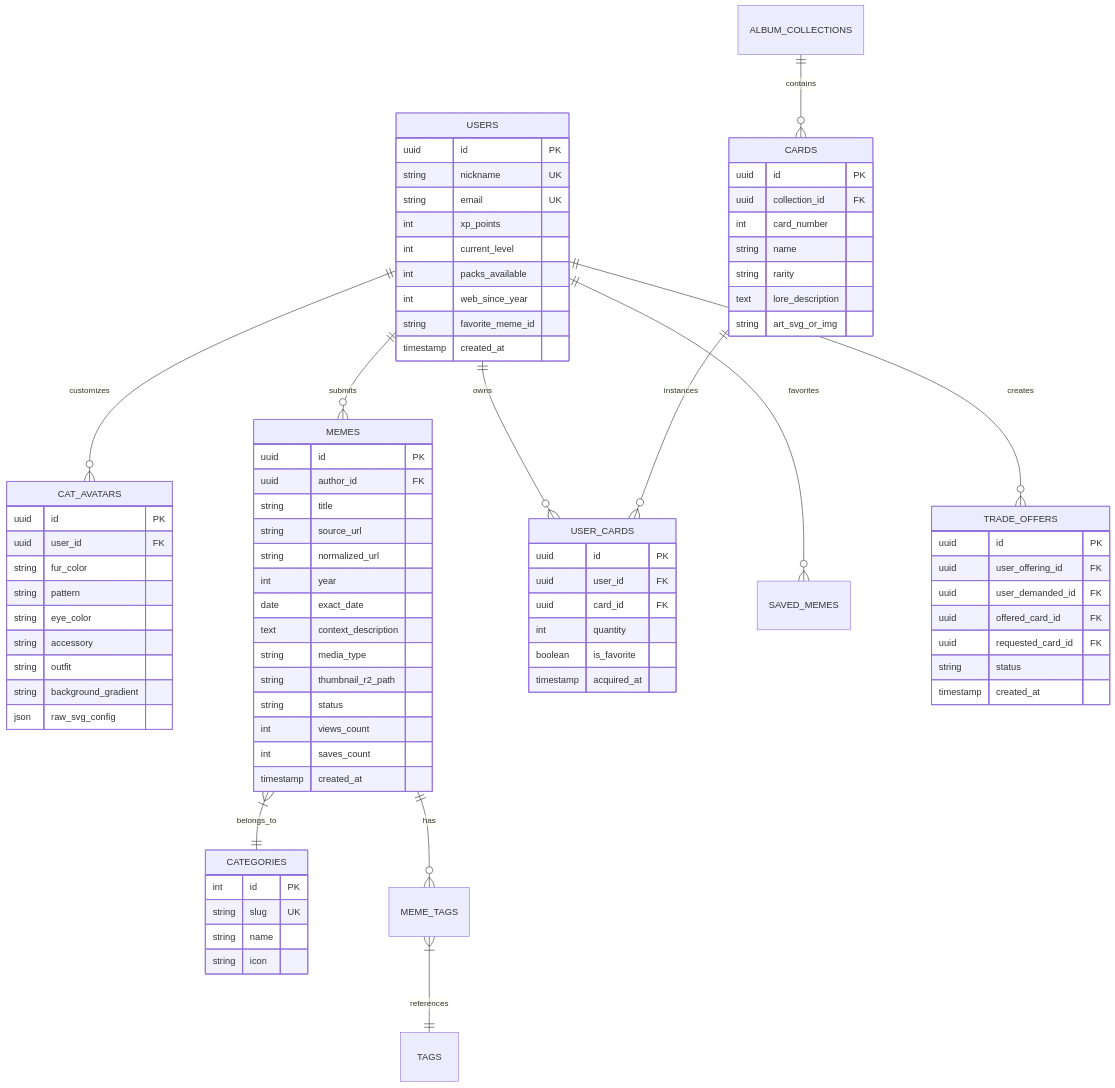
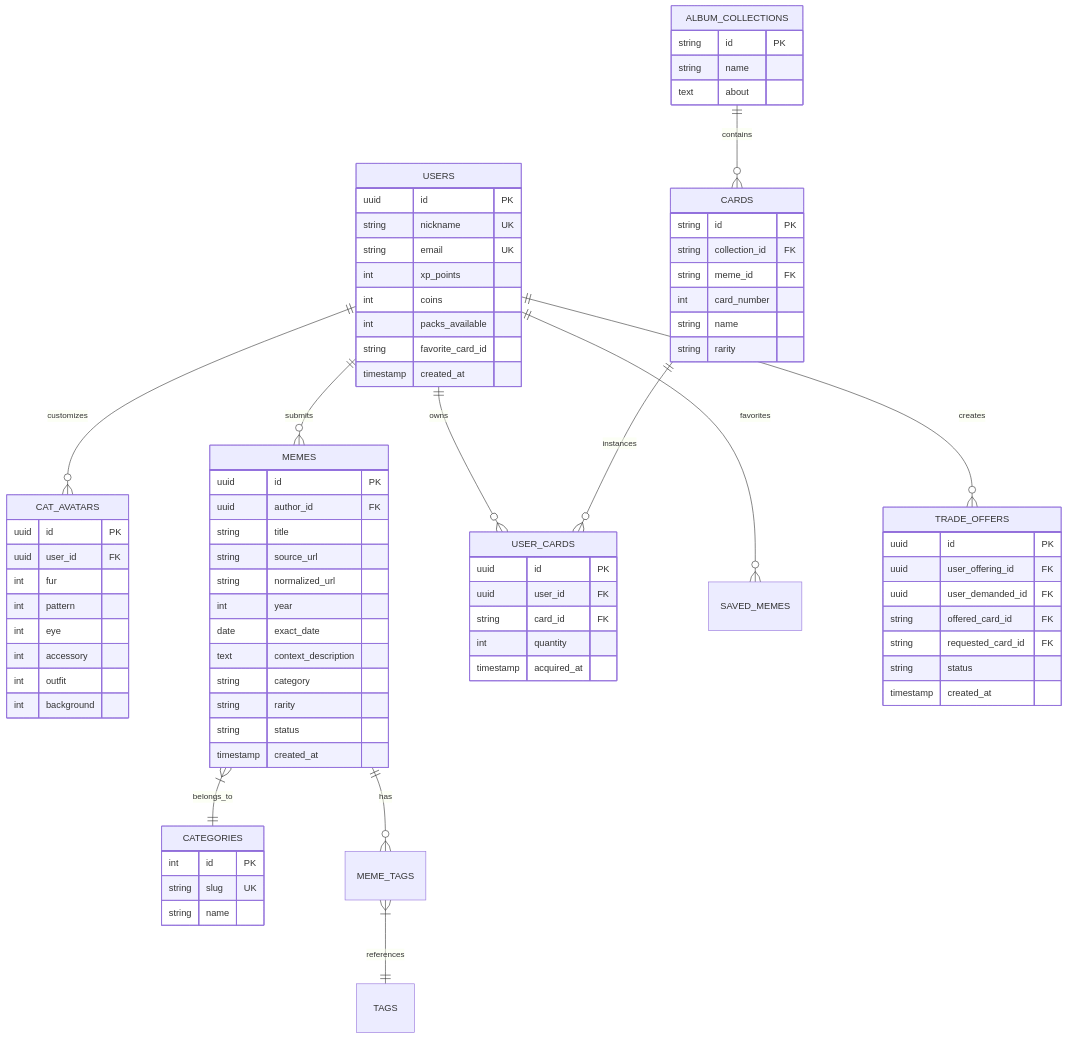
Before and after one commit to Subversivo011/xixa-2: the sixth of 6 diagrams in README.md, drawn with Mermaid. The commit also changed other lines of this file and 27 other files, not shown here.

```diff
--- a/README.md
+++ b/README.md
@@ -263,23 +363,21 @@
         string nickname UK
         string email UK
         int xp_points
-        int current_level
+        int coins
         int packs_available
-        int web_since_year
-        string favorite_meme_id
+        string favorite_card_id
         timestamp created_at
     }
 
     CAT_AVATARS {
         uuid id PK
         uuid user_id FK
-        string fur_color
-        string pattern
-        string eye_color
-        string accessory
-        string outfit
-        string background_gradient
-        json raw_svg_config
+        int fur
+        int pattern
+        int eye
+        int accessory
+        int outfit
+        int background
     }
 
     MEMES {
@@ -291,11 +389,9 @@
         int year
         date exact_date
         text context_description
-        string media_type
-        string thumbnail_r2_path
+        string category
+        string rarity
         string status
-        int views_count
-        int saves_count
         timestamp created_at
     }
 
@@ -303,25 +399,28 @@
         int id PK
         string slug UK
         string name
-        string icon
+    }
+
+    ALBUM_COLLECTIONS {
+        string id PK
+        string name
+        text about
     }
 
     CARDS {
-        uuid id PK
-        uuid collection_id FK
+        string id PK
+        string collection_id FK
+        string meme_id FK
         int card_number
         string name
         string rarity
-        text lore_description
-        string art_svg_or_img
     }
 
     USER_CARDS {
         uuid id PK
         uuid user_id FK
-        uuid card_id FK
+        string card_id FK
         int quantity
-        boolean is_favorite
         timestamp acquired_at
     }
 
@@ -329,8 +428,8 @@
         uuid id PK
         uuid user_offering_id FK
         uuid user_demanded_id FK
-        uuid offered_card_id FK
-        uuid requested_card_id FK
+        string offered_card_id FK
+        string requested_card_id FK
         string status
         timestamp created_at
     }
```
